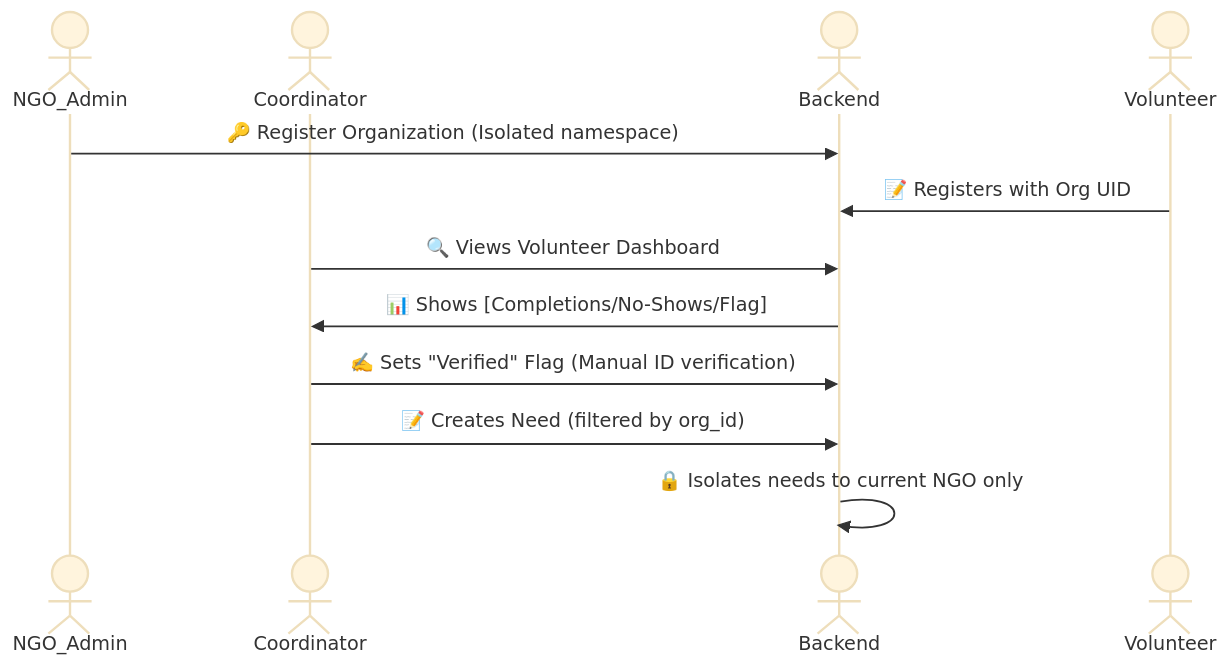
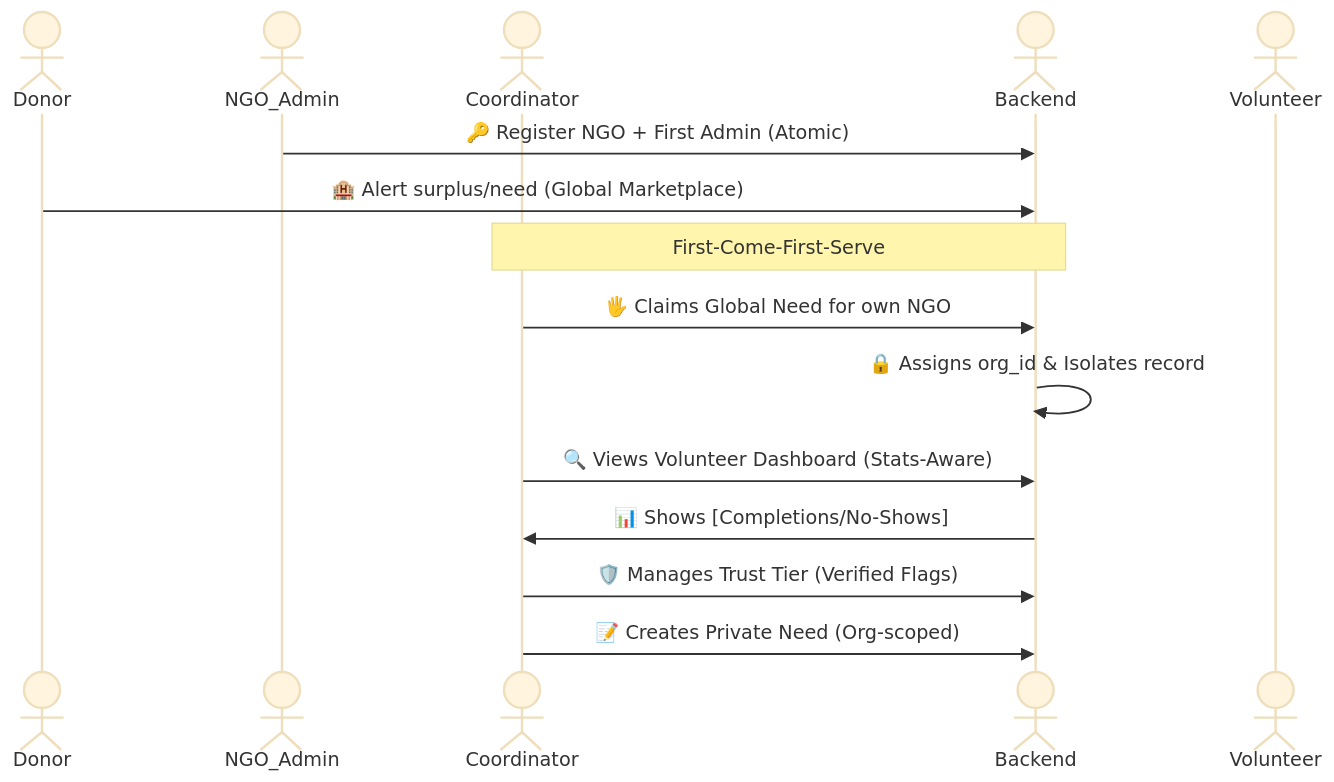
The second of 5 diagrams in docs/operational_workflows.md (bibhav1108/backend), drawn with Mermaid (base theme) before and after one commit. The commit also changed other lines of this file, not shown here.

Commit message:
docs: align operational workflows with V1.5 implementation

````diff
--- a/docs/operational_workflows.md
+++ b/docs/operational_workflows.md
@@ -51,17 +51,21 @@
 ```mermaid
 sequenceDiagram
+    actor Donor
     actor NGO_Admin
     actor Coordinator
     actor Backend
     actor Volunteer
 
-    NGO_Admin->>Backend: 🔑 Register Organization (Isolated namespace)
-    Volunteer->>Backend: 📝 Registers with Org UID
+    NGO_Admin->>Backend: 🔑 Register NGO + First Admin (Atomic)
+    Donor->>Backend: 🏨 Alert surplus/need (Global Marketplace)
     
-    Coordinator->>Backend: 🔍 Views Volunteer Dashboard
-    Backend->>Coordinator: 📊 Shows [Completions/No-Shows/Flag]
-    Coordinator->>Backend: ✍️ Sets "Verified" Flag (Manual ID verification)
+    Note over Coordinator, Backend: First-Come-First-Serve
+    Coordinator->>Backend: 🖐️ Claims Global Need for own NGO
+    Backend->>Backend: 🔒 Assigns org_id & Isolates record
     
-    Coordinator->>Backend: 📝 Creates Need (filtered by org_id)
-    Backend->>Backend: 🔒 Isolates needs to current NGO only
+    Coordinator->>Backend: 🔍 Views Volunteer Dashboard (Stats-Aware)
+    Backend->>Coordinator: 📊 Shows [Completions/No-Shows]
+    Coordinator->>Backend: 🛡️ Manages Trust Tier (Verified Flags)
+    
+    Coordinator->>Backend: 📝 Creates Private Need (Org-scoped)
 ```
````
